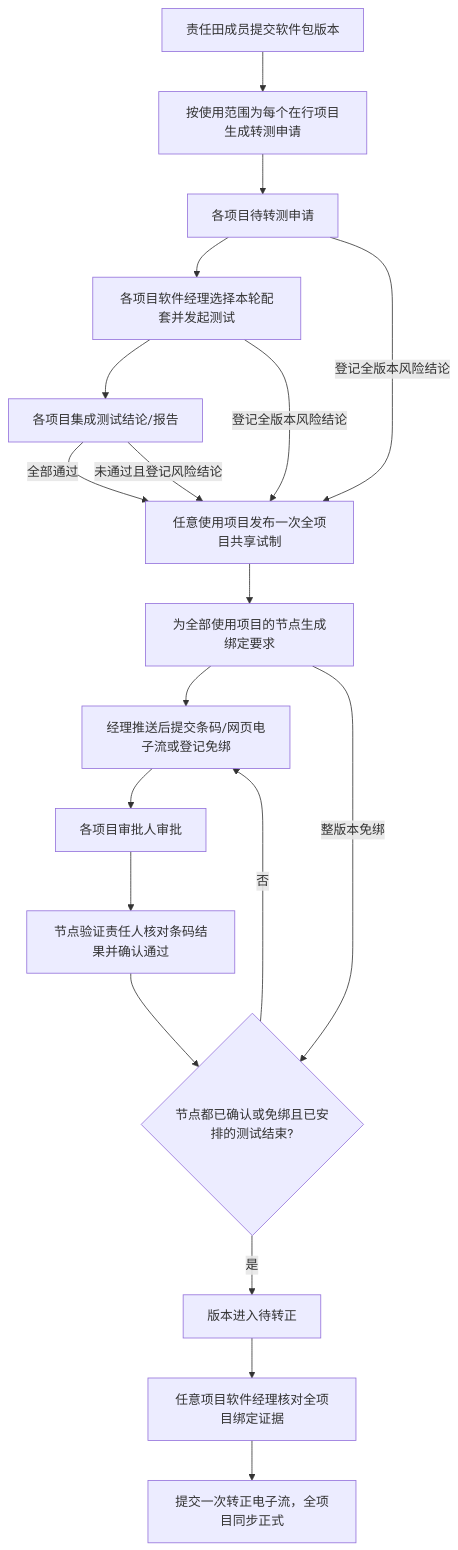
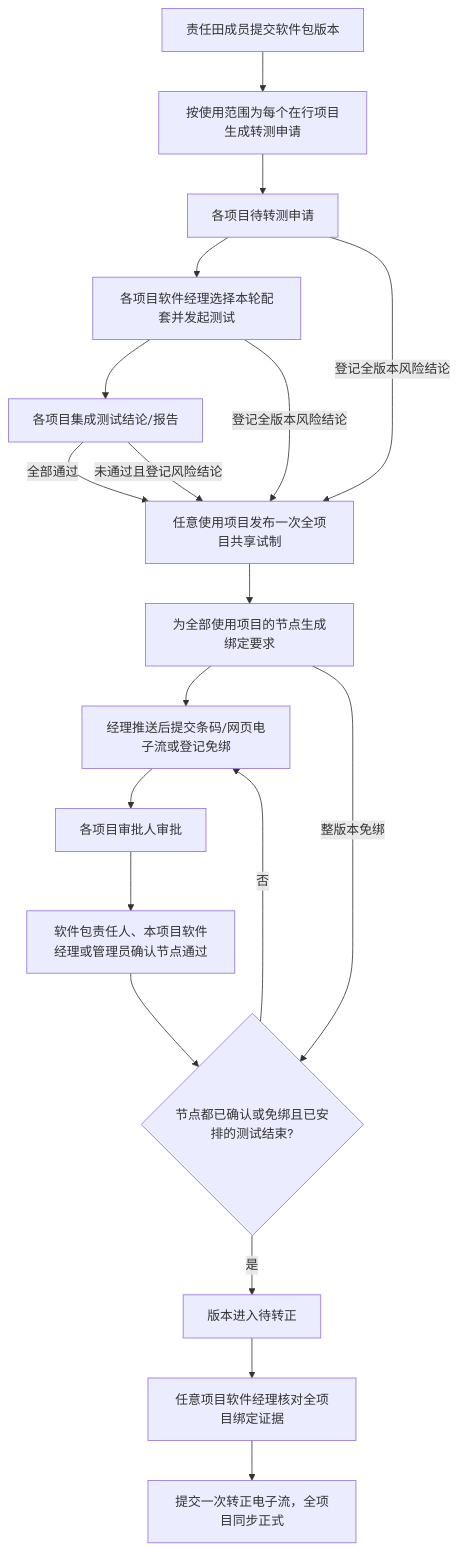
Before and after one commit to 920171519/toolkit: the first of 3 diagrams in docs/业务逻辑与联动关系.md, drawn with Mermaid. The commit also changed other lines of this file and 10 other files, not shown here.

````diff
--- a/docs/业务逻辑与联动关系.md
+++ b/docs/业务逻辑与联动关系.md
@@ -27,21 +27,21 @@
 ```mermaid
 flowchart TD
   A[责任田成员提交软件包版本] --> B[按使用范围为每个在行项目生成转测申请]
   B --> C[各项目待转测申请]
   C --> D[各项目软件经理选择本轮配套并发起测试]
   D --> E[各项目集成测试结论/报告]
   E -->|全部通过| G[任意使用项目发布一次全项目共享试制]
   C -->|登记全版本风险结论| G
   D -->|登记全版本风险结论| G
   E -->|未通过且登记风险结论| G
   G --> H[为全部使用项目的节点生成绑定要求]
   H --> I[经理推送后提交条码/网页电子流或登记免绑]
   I --> J[各项目审批人审批]
-  J --> V[节点验证责任人核对条码结果并确认通过]
+  J --> V[软件包责任人、本项目软件经理或管理员确认节点通过]
   V --> K{节点都已确认或免绑且已安排的测试结束?}
   H -->|整版本免绑| K
   K -->|否| I
   K -->|是| L[版本进入待转正]
   L --> M[任意项目软件经理核对全项目绑定证据]
   M --> N[提交一次转正电子流，全项目同步正式]
 ```
````
